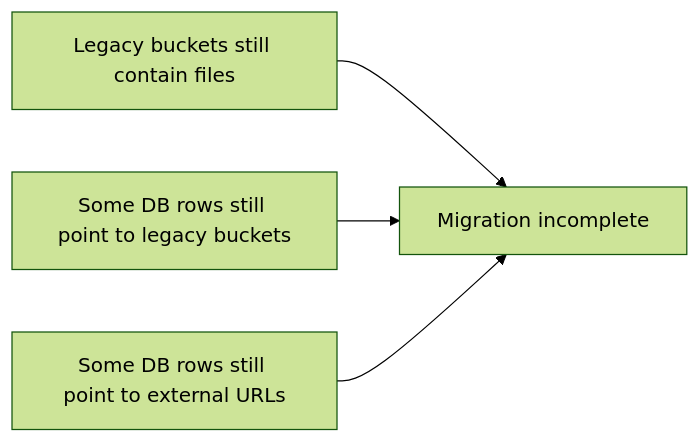
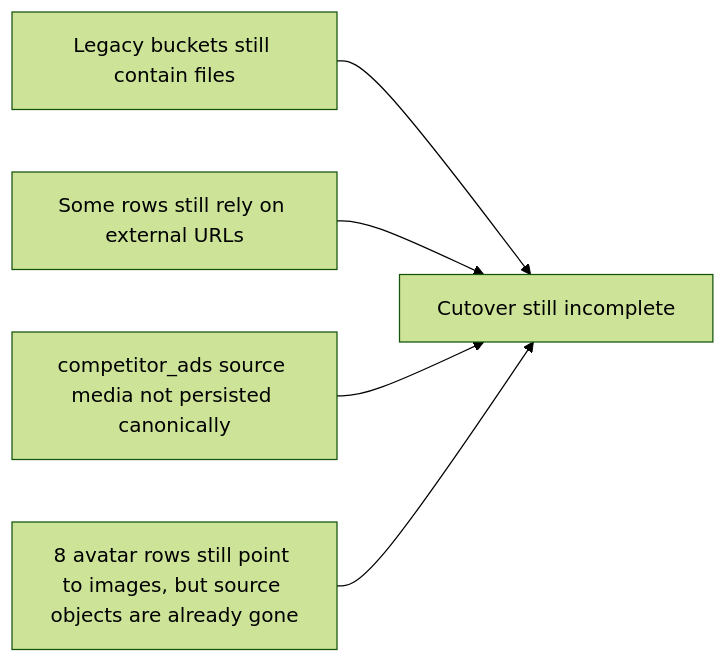
Before and after one commit to lantianlaoli/flowtra: the first of 3 diagrams in docs/storage-cutover-migration-overview.md, drawn with Mermaid (forest theme). The commit also changed other lines of this file and 11 other files, not shown here.

````diff
--- a/docs/storage-cutover-migration-overview.md
+++ b/docs/storage-cutover-migration-overview.md
@@ -17,6 +18,7 @@
 ```mermaid
 flowchart LR
-    A["Legacy buckets still contain files"] --> D["Migration incomplete"]
-    B["Some DB rows still point to legacy buckets"] --> D
-    C["Some DB rows still point to external URLs"] --> D
+    A["Legacy buckets still contain files"] --> E["Cutover still incomplete"]
+    B["Some rows still rely on external URLs"] --> E
+    C["competitor_ads source media not persisted canonically"] --> E
+    D["8 avatar rows still point to images, but source objects are already gone"] --> E
 ```
````
